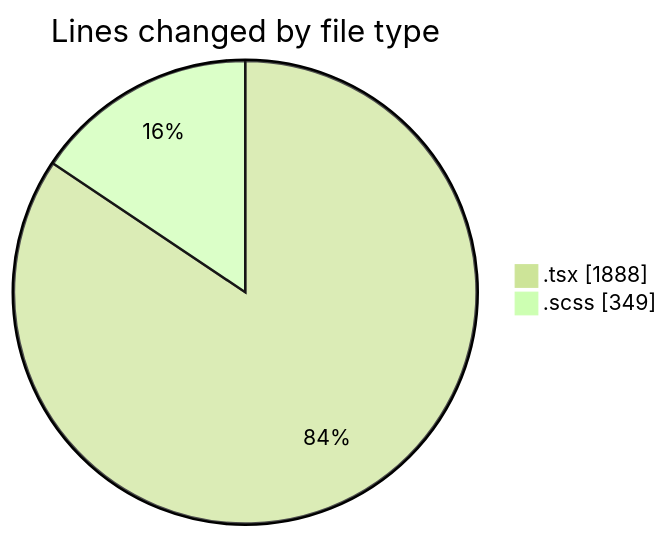
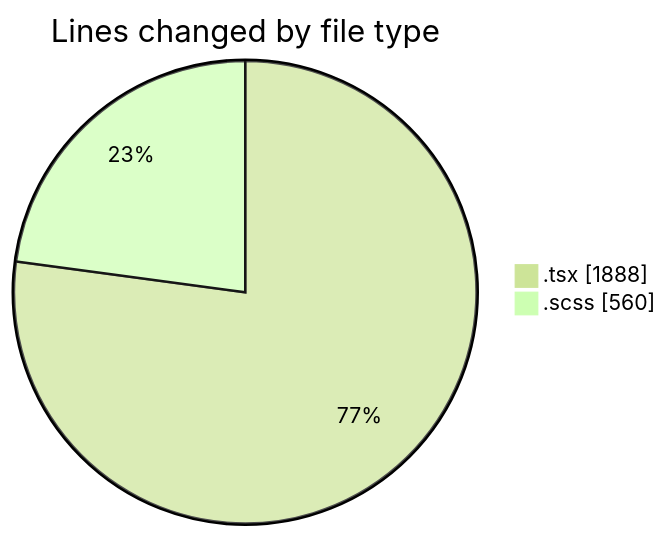
The first of 2 diagrams in 2025-04-07/cda/README.md (momahboobian/code-tracking), drawn with Mermaid (forest theme) before and after one commit. The commit also changed other lines of this file and 1 other file, not shown here.

````diff
--- a/2025-04-07/cda/README.md
+++ b/2025-04-07/cda/README.md
@@ -26,6 +27,6 @@
 ```mermaid
 pie showData
 title Lines changed by file type
 ".tsx" : 1888
-".scss" : 349
+".scss" : 560
 ```
````
